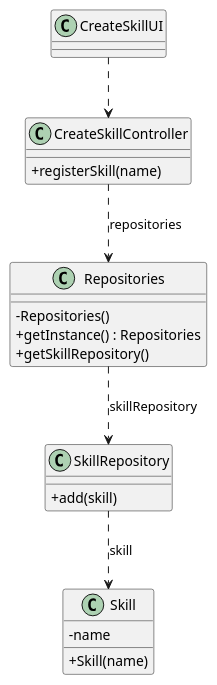
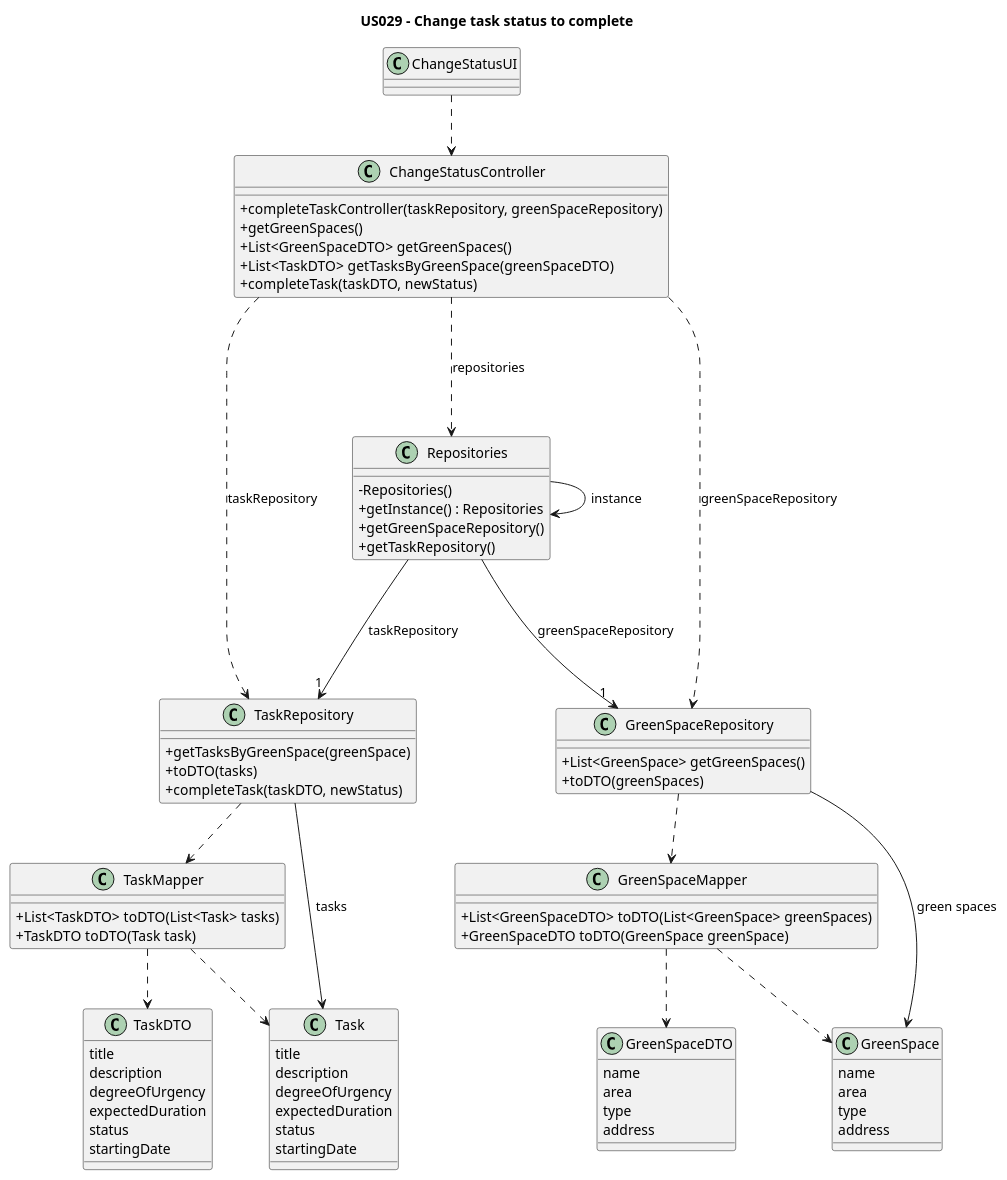
One commit to Departamento-de-Engenharia-Informatica/lei-24-s2-1dm-g132 changed the diagram in docs/sprintC/us029/03.design/puml/us029-class-diagram.puml. Above: the diagram before and after it, drawn with PlantUML. The commit also changed 4 other files, not shown here.

```diff
--- a/docs/sprintC/us029/03.design/puml/us029-class-diagram.puml
+++ b/docs/sprintC/us029/03.design/puml/us029-class-diagram.puml
@@ -1,33 +1,107 @@
 @startuml
-skinparam classAttributeIconSize 0
 
-class CreateSkillController {
-    +registerSkill(name)
-}
+       'skinparam monochrome true
+       skinparam packageStyle rectangle
+       skinparam shadowing false
+       skinparam linetype polyline
+       skinparam linetype orto
 
+       skinparam classAttributeIconSize 0
 
-class CreateSkillUI {
+       'left to right direction
 
-}
+       title US029 - Change task status to complete
 
-class Skill
-{
-    - name
-    + Skill(name)
-}
-class Repositories {
-    - Repositories()
-    + getInstance() : Repositories
-    + getSkillRepository()
-}
+       class ChangeStatusUI {
+       }
 
-class SkillRepository {
-   + add(skill)
-}
-CreateSkillUI ..> CreateSkillController
-CreateSkillController ..> Repositories : repositories
+       class ChangeStatusController {
+           + completeTaskController(taskRepository, greenSpaceRepository)
+           + getGreenSpaces()
+           + List<GreenSpaceDTO> getGreenSpaces()
+           + List<TaskDTO> getTasksByGreenSpace(greenSpaceDTO)
+           + completeTask(taskDTO, newStatus)
 
-Repositories ..> SkillRepository : skillRepository
-SkillRepository ..> Skill : skill
+       }
 
-@enduml
+       class Repositories {
+           - Repositories()
+           + getInstance() : Repositories
+           + getGreenSpaceRepository()
+           + getTaskRepository()
+       }
+
+       class TaskRepository {
+           + getTasksByGreenSpace(greenSpace)
+           + toDTO(tasks)
+           + completeTask(taskDTO, newStatus)
+       }
+
+       class GreenSpaceRepository {
+           + List<GreenSpace> getGreenSpaces()
+           + toDTO(greenSpaces)
+
+       }
+
+       class GreenSpaceMapper {
+           + List<GreenSpaceDTO> toDTO(List<GreenSpace> greenSpaces)
+           + GreenSpaceDTO toDTO(GreenSpace greenSpace)
+       }
+
+       class TaskMapper {
+           + List<TaskDTO> toDTO(List<Task> tasks)
+           + TaskDTO toDTO(Task task)
+       }
+
+       class GreenSpaceDTO {
+           name
+           area
+           type
+           address
+       }
+
+       class TaskDTO {
+           title
+           description
+           degreeOfUrgency
+           expectedDuration
+           status
+           startingDate
+       }
+
+       class Task {
+           title
+           description
+           degreeOfUrgency
+           expectedDuration
+           status
+           startingDate
+       }
+
+       class GreenSpace {
+           name
+           area
+           type
+           address
+       }
+
+       ChangeStatusUI ..> ChangeStatusController
+       ChangeStatusController ...> Repositories: repositories
+       ChangeStatusController ..> TaskRepository: taskRepository
+       ChangeStatusController ..> GreenSpaceRepository: greenSpaceRepository
+
+       Repositories -> Repositories : instance
+       Repositories ---> "1" TaskRepository: taskRepository
+       Repositories ---> "1" GreenSpaceRepository: greenSpaceRepository
+
+       TaskRepository --> Task: tasks
+       GreenSpaceRepository --> GreenSpace: green spaces
+
+       TaskRepository ..> TaskMapper
+       TaskMapper ..> TaskDTO
+       TaskMapper ..> Task
+       GreenSpaceRepository ..> GreenSpaceMapper
+       GreenSpaceMapper ..> GreenSpaceDTO
+       GreenSpaceMapper ..> GreenSpace
+
+       @enduml
```
